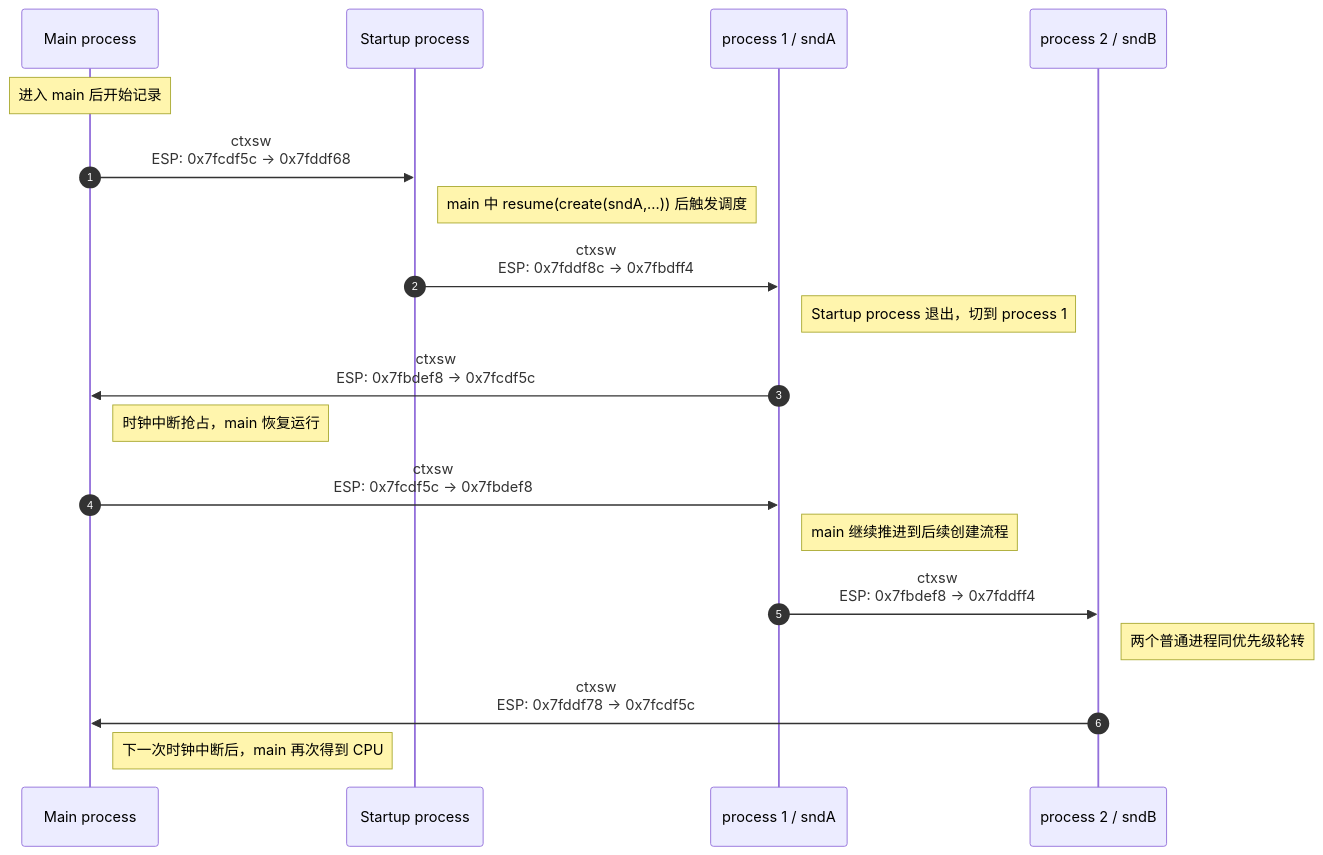
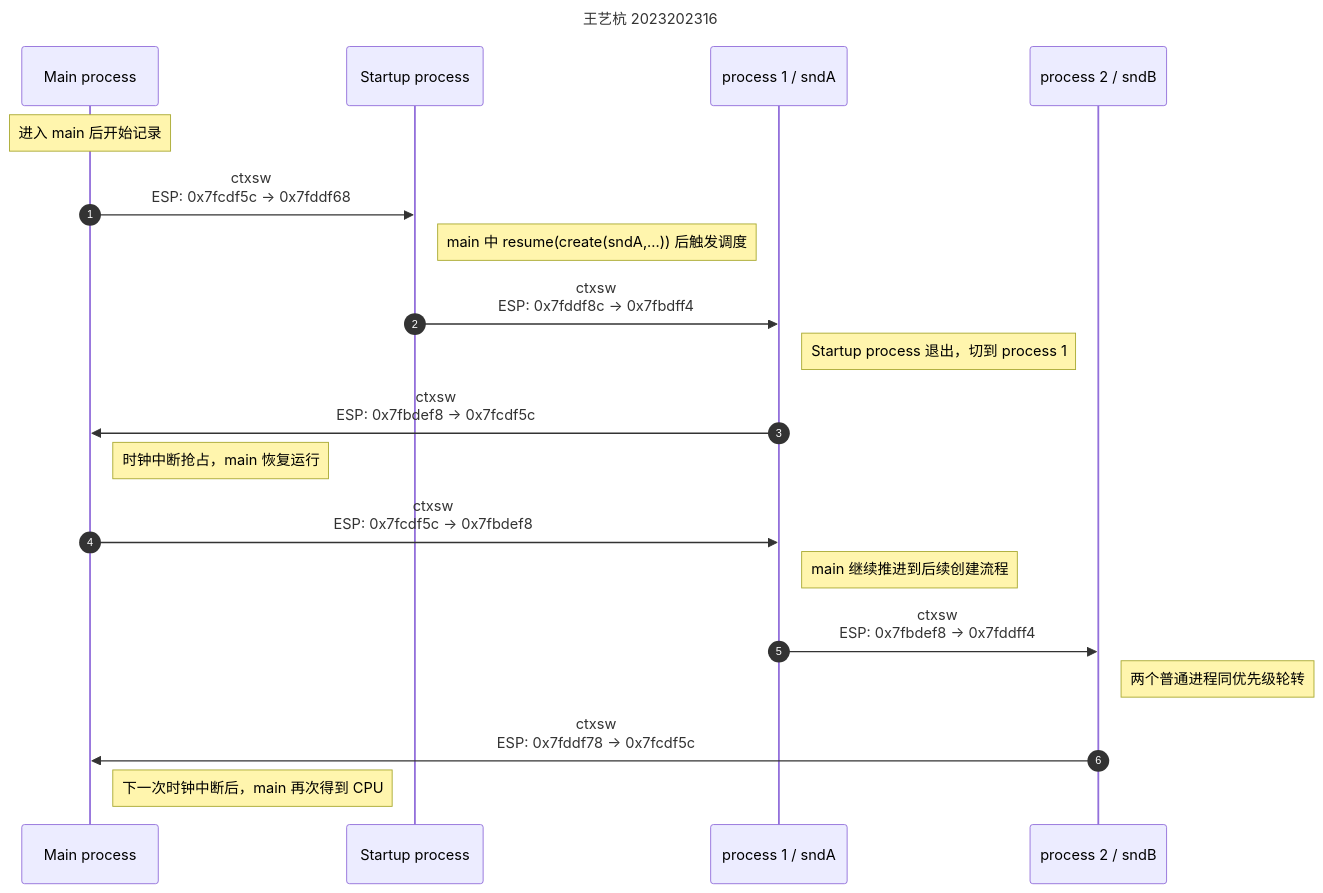
One commit to wianger/Xinu-qumu changed the diagram in report/exp1.md. Above: the diagram before and after it, drawn with Mermaid. The commit also changed 1 other file, not shown here.

Commit message:
docs: update exp1 report with name

````diff
--- a/report/exp1.md
+++ b/report/exp1.md
@@ -135,29 +135,30 @@
 ```mermaid
 sequenceDiagram
+    title 王艺杭 2023202316
     autonumber
     participant Main as Main process
     participant Startup as Startup process
     participant A as process 1 / sndA
     participant B as process 2 / sndB
 
     Note over Main: 进入 main 后开始记录
 
     Main->>Startup: ctxsw<br/>ESP: 0x7fcdf5c -> 0x7fddf68
     Note right of Startup: main 中 resume(create(sndA,...)) 后触发调度
 
     Startup->>A: ctxsw<br/>ESP: 0x7fddf8c -> 0x7fbdff4
     Note right of A: Startup process 退出，切到 process 1
 
     A->>Main: ctxsw<br/>ESP: 0x7fbdef8 -> 0x7fcdf5c
     Note right of Main: 时钟中断抢占，main 恢复运行
 
     Main->>A: ctxsw<br/>ESP: 0x7fcdf5c -> 0x7fbdef8
     Note right of A: main 继续推进到后续创建流程
 
     A->>B: ctxsw<br/>ESP: 0x7fbdef8 -> 0x7fddff4
     Note right of B: 两个普通进程同优先级轮转
 
     B->>Main: ctxsw<br/>ESP: 0x7fddf78 -> 0x7fcdf5c
     Note right of Main: 下一次时钟中断后，main 再次得到 CPU
 
 ```
````
